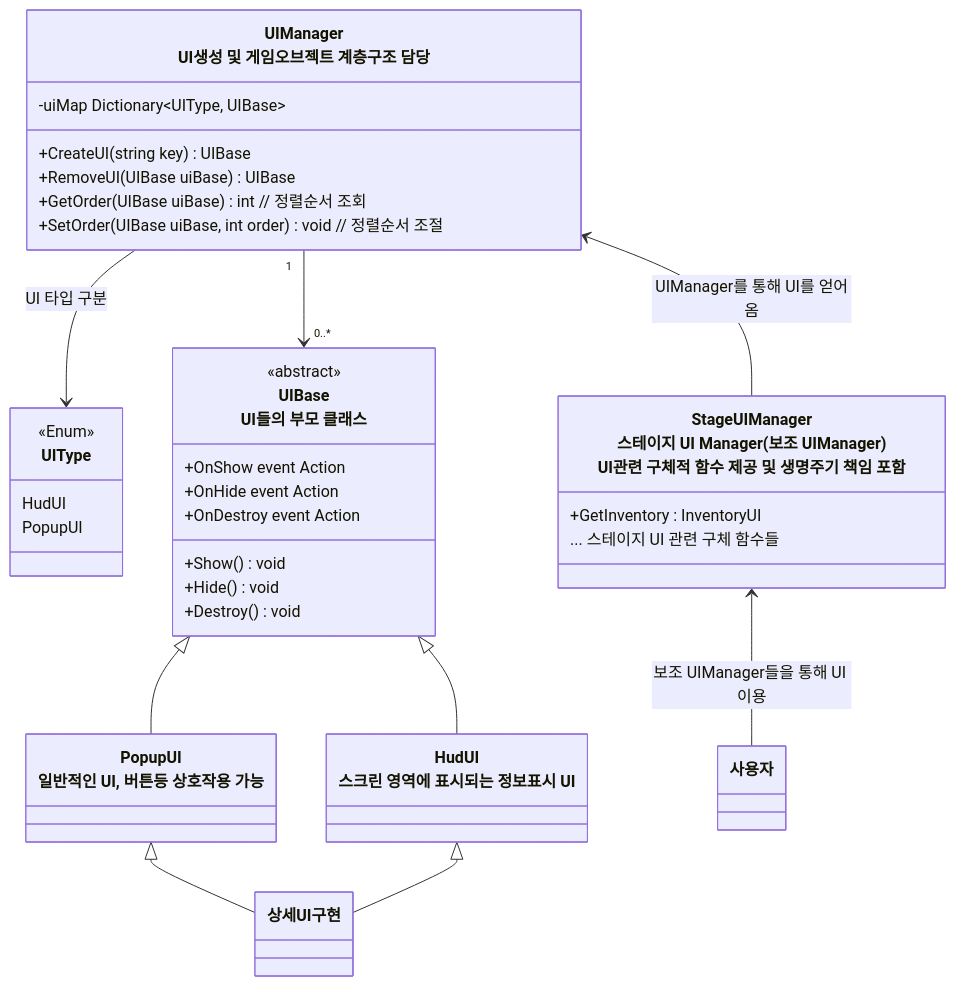
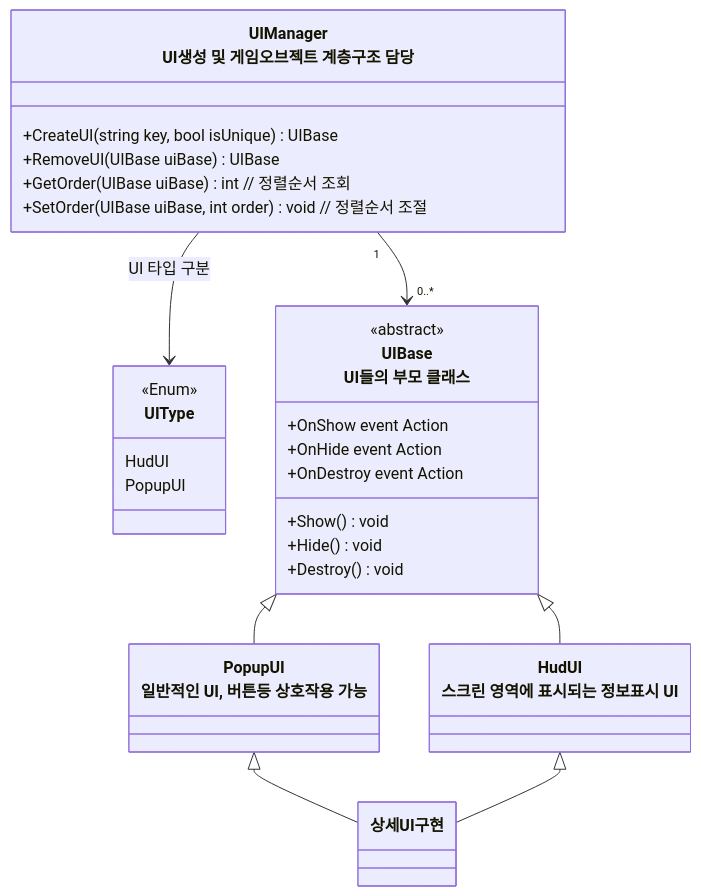
Before and after one commit to JIN5EOK/DungeonShooter: the diagram in README/UI_설계.md, drawn with Mermaid. The commit also changed other lines of this file, not shown here.

````diff
--- a/README/UI_설계.md
+++ b/README/UI_설계.md
@@ -5,45 +5,38 @@
 ```mermaid
 classDiagram
     class UIType{
         <<Enum>>
         HudUI
         PopupUI
     }
     
     class UIManager["UIManager<br>UI생성 및 게임오브젝트 계층구조 담당"]{
-        -uiMap Dictionary~UIType, UIBase~
-        +CreateUI(string key) UIBase
+        +CreateUI(string key, bool isUnique) UIBase
         +RemoveUI(UIBase uiBase) UIBase
         +GetOrder(UIBase uiBase) int // 정렬순서 조회
         +SetOrder(UIBase uiBase, int order) void // 정렬순서 조절
     }
     
     class UIBase["UIBase<br>UI들의 부모 클래스"]{
         <<abstract>>
         +OnShow event Action
         +OnHide event Action
         +OnDestroy event Action
         +Show() void
         +Hide() void
         +Destroy() void
     }
     class PopupUI["PopupUI<br>일반적인 UI, 버튼등 상호작용 가능"]{
         
     }
     class HudUI["HudUI<br>스크린 영역에 표시되는 정보표시 UI"]{
 
     }
     
-    class StageUIManager["StageUIManager<br>스테이지 UI Manager(보조 UIManager)<br>UI관련 구체적 함수 제공 및 생명주기 책임 포함"]{
-        +GetInventory : InventoryUI
-        ... 스테이지 UI 관련 구체 함수들
-    }
-    UIManager <-- StageUIManager : UIManager를 통해 UI를 얻어옴
-    StageUIManager <-- 사용자 : 보조 UIManager들을 통해 UI 이용
     UIManager --> UIType : UI 타입 구분
     UIManager "1"-->"0..*" UIBase
     UIBase <|-- PopupUI
     UIBase <|-- HudUI
     PopupUI <|-- 상세UI구현
     HudUI<|-- 상세UI구현
 ```
````
